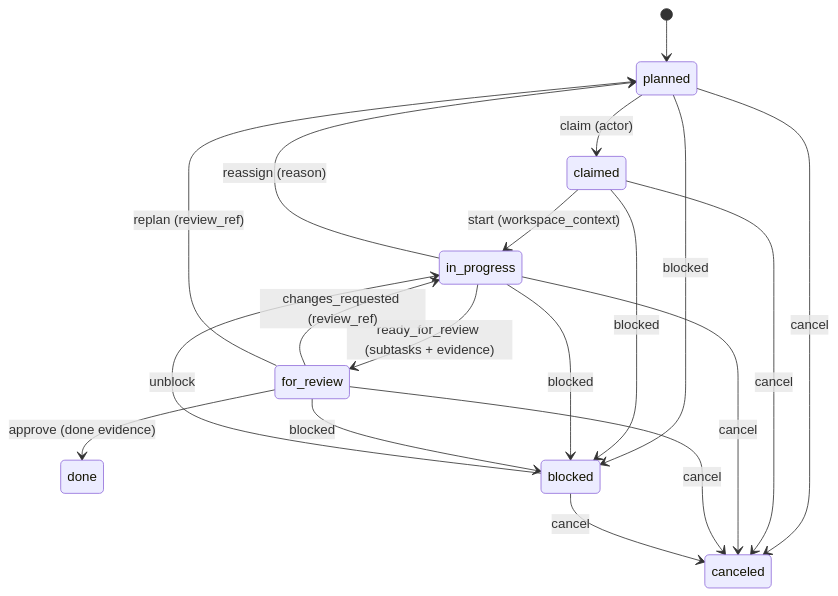
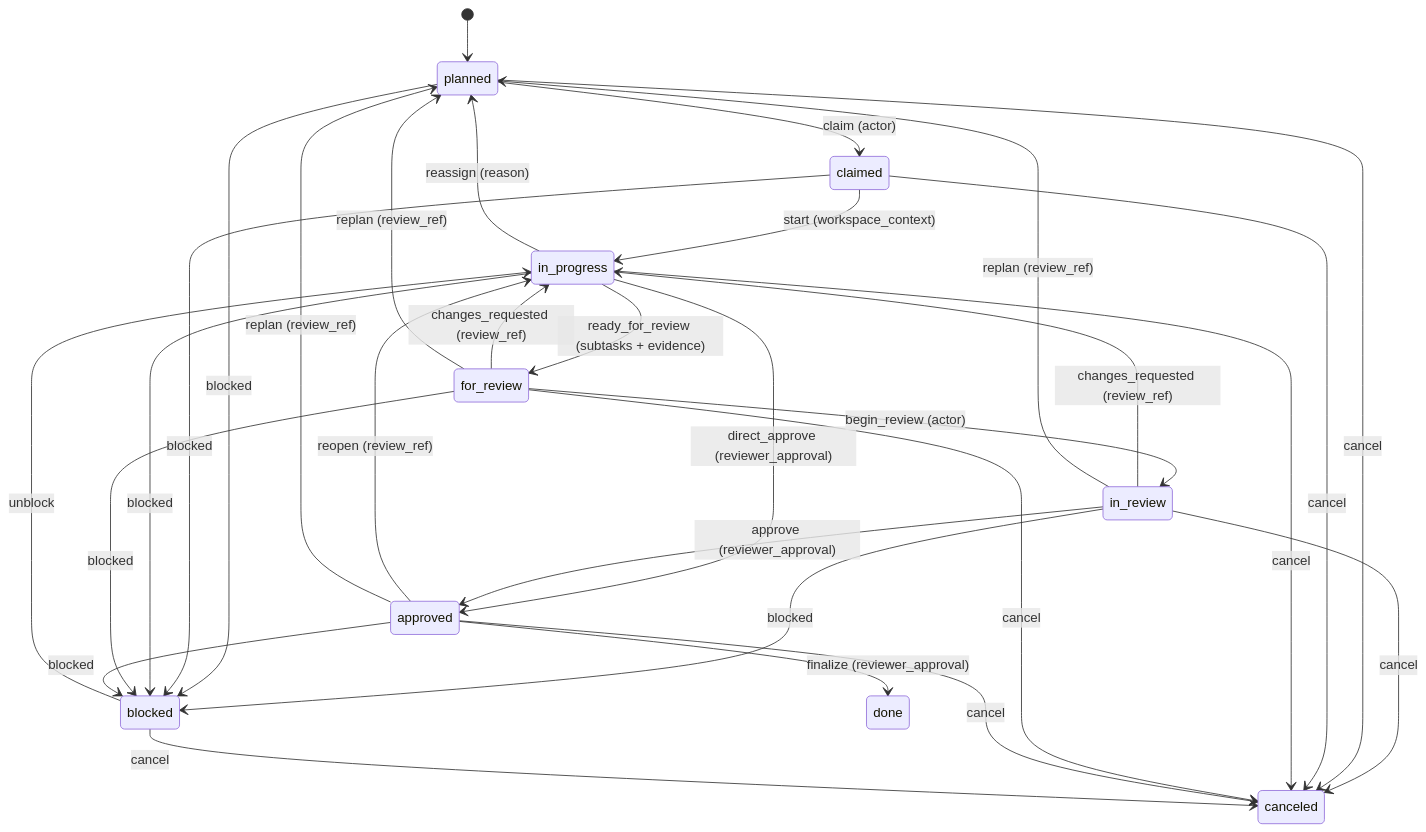
The first of 2 diagrams in architecture/2.x/02_containers/runtime-execution-domain.md (Priivacy-ai/spec-kitty), drawn with Mermaid before and after one commit. The commit also changed other lines of this file and 10 other files, not shown here.

First line of the commit message:
feat(WP11): add in_review lane, role/approved_by fields, dashboard visibility

````diff
--- a/architecture/2.x/02_containers/runtime-execution-domain.md
+++ b/architecture/2.x/02_containers/runtime-execution-domain.md
@@ -50,24 +50,38 @@
 ```mermaid
 stateDiagram-v2
     [*] --> planned
     planned --> claimed: claim (actor)
     claimed --> in_progress: start (workspace_context)
     in_progress --> for_review: ready_for_review (subtasks + evidence)
-    for_review --> done: approve (done evidence)
+    in_progress --> approved: direct_approve (reviewer_approval)
 
+    for_review --> in_review: begin_review (actor)
     for_review --> in_progress: changes_requested (review_ref)
     for_review --> planned: replan (review_ref)
+
+    in_review --> approved: approve (reviewer_approval)
+    in_review --> in_progress: changes_requested (review_ref)
+    in_review --> planned: replan (review_ref)
+    in_review --> blocked: blocked
+    in_review --> canceled: cancel
+
+    approved --> done: finalize (reviewer_approval)
+    approved --> in_progress: reopen (review_ref)
+    approved --> planned: replan (review_ref)
+
     in_progress --> planned: reassign (reason)
 
     planned --> blocked: blocked
     claimed --> blocked: blocked
     in_progress --> blocked: blocked
     for_review --> blocked: blocked
+    approved --> blocked: blocked
     blocked --> in_progress: unblock
 
     planned --> canceled: cancel
     claimed --> canceled: cancel
     in_progress --> canceled: cancel
     for_review --> canceled: cancel
+    approved --> canceled: cancel
     blocked --> canceled: cancel
 ```
````
